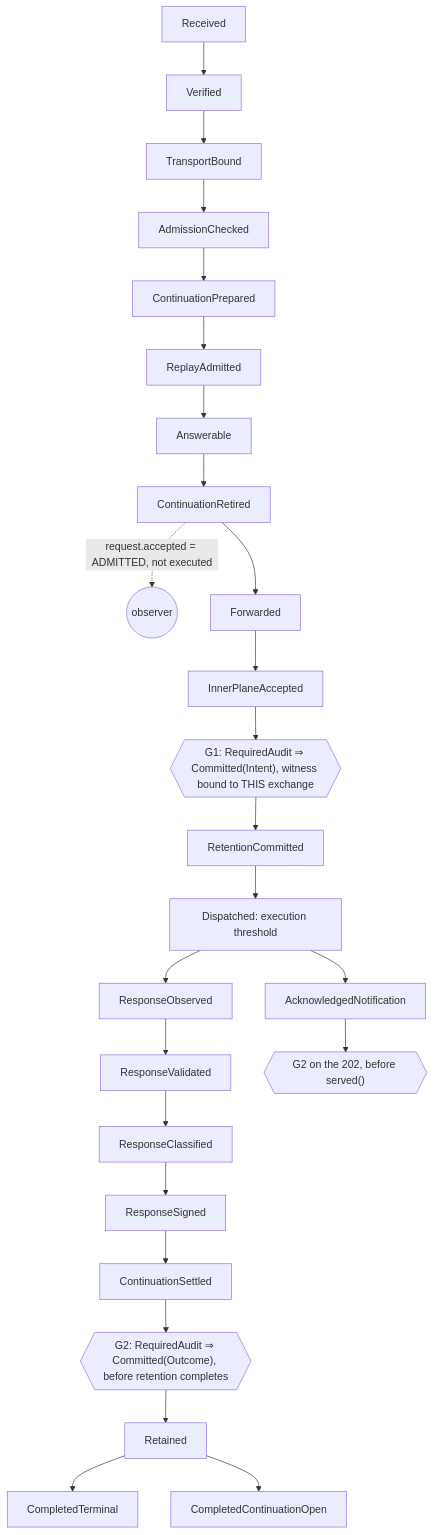
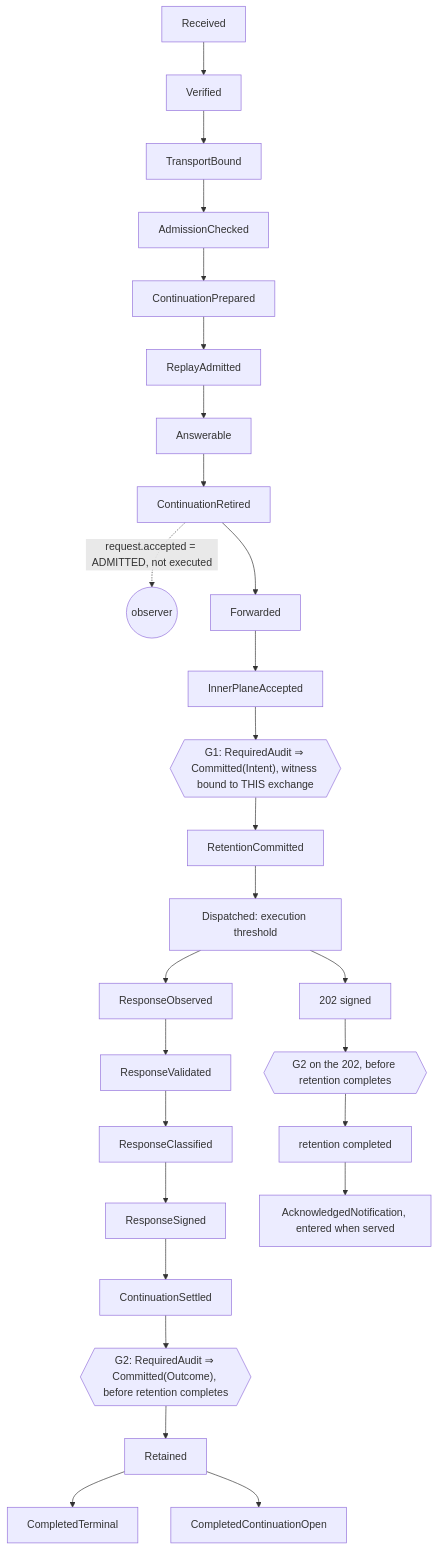
Before and after one commit to syncom-systems/mcp-re: the first of 2 diagrams in docs/architecture/audit-commitment.md, drawn with Mermaid. The commit also changed other lines of this file and 26 other files, not shown here.

````diff
--- a/docs/architecture/audit-commitment.md
+++ b/docs/architecture/audit-commitment.md
@@ -123,17 +124,17 @@
 ```mermaid
 flowchart TD
     RCV[Received] --> VER[Verified] --> TB[TransportBound] --> AC[AdmissionChecked]
     AC --> CP[ContinuationPrepared] --> RA[ReplayAdmitted] --> ANS[Answerable] --> CR[ContinuationRetired]
     CR -. "request.accepted = ADMITTED, not executed" .-> OBS((observer))
     CR --> FW[Forwarded] --> IPA[InnerPlaneAccepted]
     IPA --> G1{{"G1: RequiredAudit ⇒ Committed(Intent), witness bound to THIS exchange"}}
     G1 --> RC[RetentionCommitted] --> D[Dispatched: execution threshold]
     D --> RO[ResponseObserved] --> RV[ResponseValidated] --> RCL[ResponseClassified]
     RCL --> RS[ResponseSigned] --> CS[ContinuationSettled]
     CS --> G2{{"G2: RequiredAudit ⇒ Committed(Outcome), before retention completes"}}
     G2 --> RT[Retained]
     RT --> CT[CompletedTerminal]
     RT --> CO[CompletedContinuationOpen]
-    D --> AN[AcknowledgedNotification]
-    AN --> G2N{{"G2 on the 202, before served()"}}
+    D --> SIGN202[202 signed] --> G2N{{"G2 on the 202, before retention completes"}}
+    G2N --> RET202[retention completed] --> AN[AcknowledgedNotification, entered when served]
 ```
````
